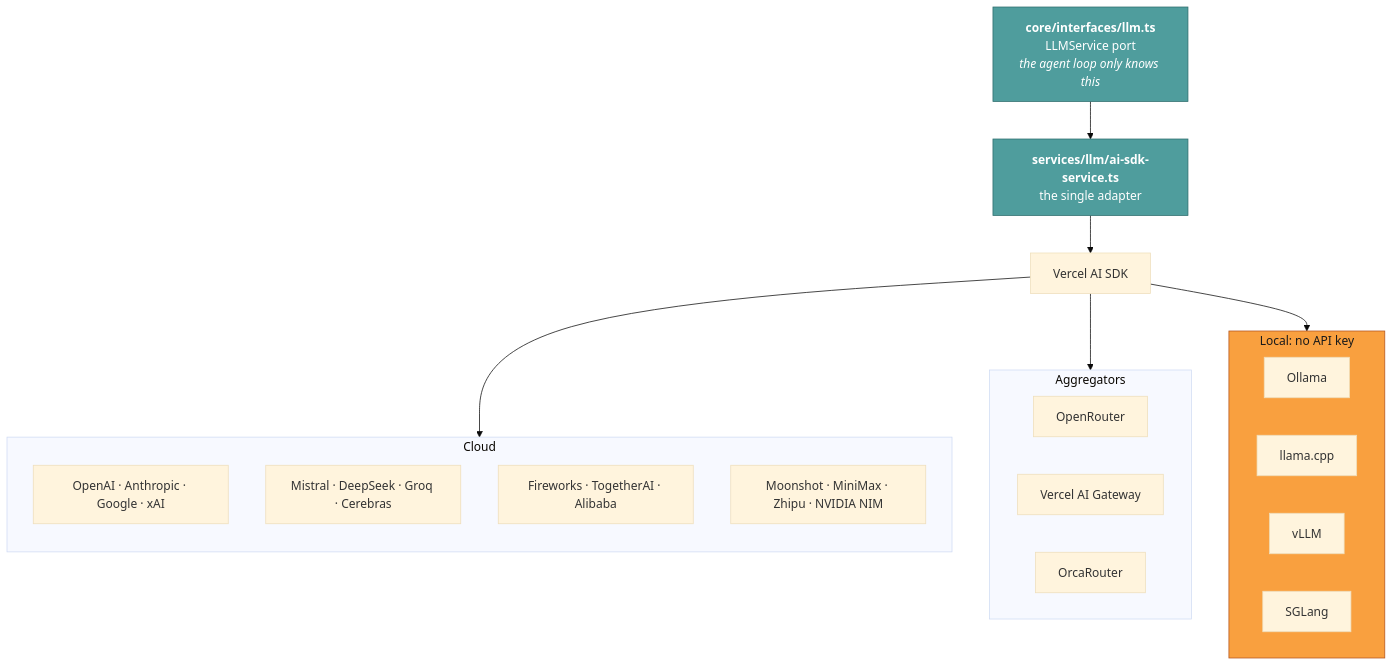
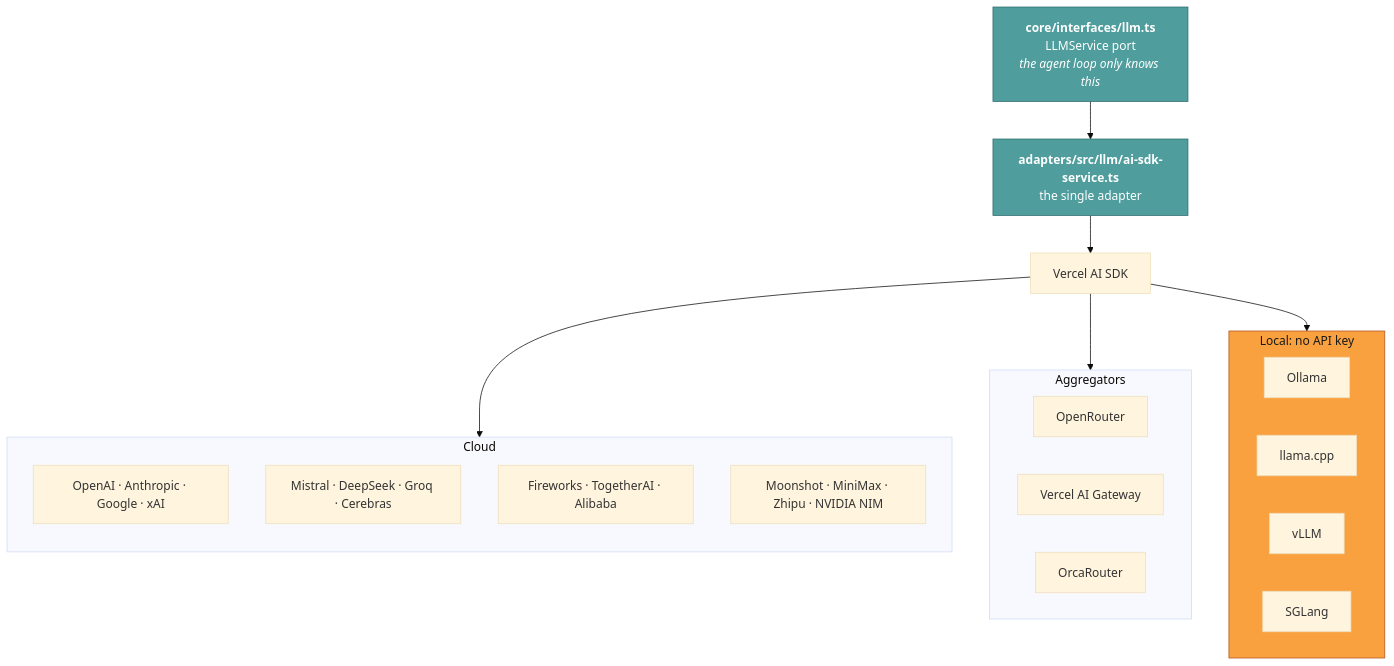
Before and after one commit to lvndry/jazz: the first of 3 diagrams in docs/maintainers/add-a-provider.md, drawn with Mermaid (base theme). The commit also changed other lines of this file and 7 other files, not shown here.

````diff
--- a/docs/maintainers/add-a-provider.md
+++ b/docs/maintainers/add-a-provider.md
@@ -22,37 +22,37 @@
 ```mermaid
 flowchart TB
     CORE["<b>core/interfaces/llm.ts</b><br/>LLMService port<br/><i>the agent loop only knows this</i>"]
-    IMPL["<b>services/llm/ai-sdk-service.ts</b><br/>the single adapter"]
+    IMPL["<b>adapters/src/llm/ai-sdk-service.ts</b><br/>the single adapter"]
     SDK["Vercel AI SDK"]
 
     subgraph cloud["Cloud"]
         direction TB
         C1["OpenAI · Anthropic · Google · xAI"]
         C2["Mistral · DeepSeek · Groq · Cerebras"]
         C3["Fireworks · TogetherAI · Alibaba"]
         C4["Moonshot · MiniMax · Zhipu · NVIDIA NIM"]
     end
 
     subgraph aggregators["Aggregators"]
         A1["OpenRouter"]
         A2["Vercel AI Gateway"]
         A3["OrcaRouter"]
     end
 
     subgraph local["Local: no API key"]
         L1["Ollama"]
         L2["llama.cpp"]
         L3["vLLM"]
         L4["SGLang"]
     end
 
     CORE --> IMPL --> SDK
     SDK --> cloud
     SDK --> aggregators
     SDK --> local
 
     classDef core fill:#4f9d9d,stroke:#2f6d6d,color:#ffffff
     classDef free fill:#f9a03f,stroke:#b3541e,color:#1a1a1a
     class CORE,IMPL core
     class local free
 ```
````
